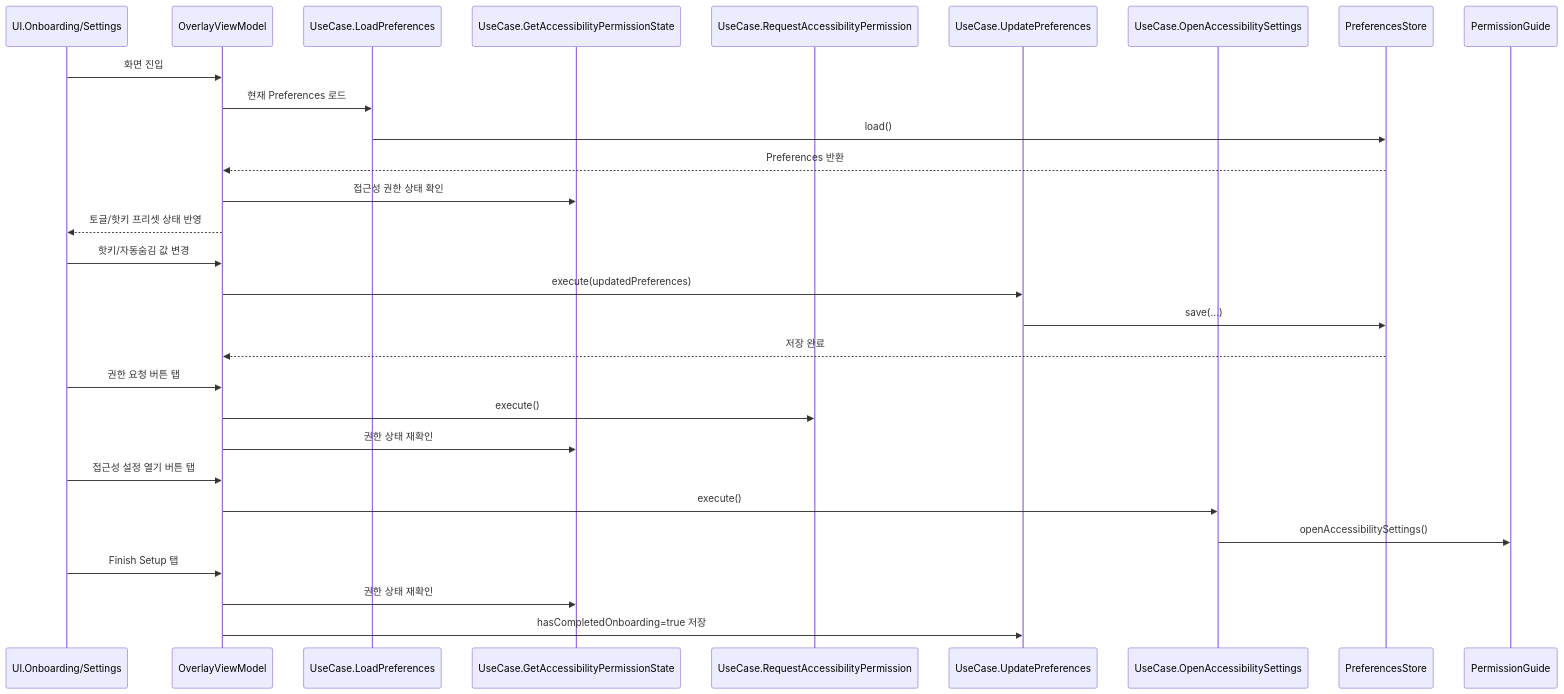
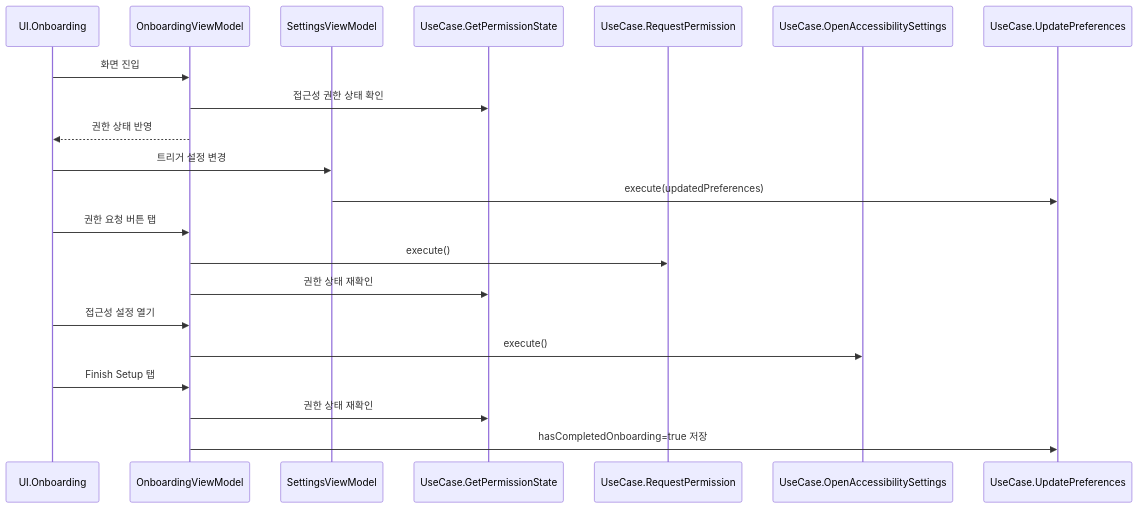
One commit to hahahoho-labs/KeydeukKeydeuk changed the fourth of 5 diagrams in AGENTS.md. Above: the diagram before and after it, drawn with Mermaid. The commit also changed other lines of this file, not shown here.

First line of the commit message:
docs: update AGENTS.md to reflect current architecture after refactoring

````diff
--- a/AGENTS.md
+++ b/AGENTS.md
@@ -130,36 +199,28 @@
 ```mermaid
 sequenceDiagram
-  participant UI as UI.Onboarding/Settings
-  participant VM as OverlayViewModel
-  participant LP as UseCase.LoadPreferences
-  participant GP as UseCase.GetAccessibilityPermissionState
-  participant RP as UseCase.RequestAccessibilityPermission
+  participant UI as UI.Onboarding
+  participant OVM as OnboardingViewModel
+  participant SVM as SettingsViewModel
+  participant GP as UseCase.GetPermissionState
+  participant RP as UseCase.RequestPermission
+  participant OA as UseCase.OpenAccessibilitySettings
   participant UP as UseCase.UpdatePreferences
-  participant OA as UseCase.OpenAccessibilitySettings
-  participant PS as PreferencesStore
-  participant PG as PermissionGuide
 
-  UI->>VM: 화면 진입
-  VM->>LP: 현재 Preferences 로드
-  LP->>PS: load()
-  PS-->>VM: Preferences 반환
-  VM->>GP: 접근성 권한 상태 확인
-  VM-->>UI: 토글/핫키 프리셋 상태 반영
+  UI->>OVM: 화면 진입
+  OVM->>GP: 접근성 권한 상태 확인
+  OVM-->>UI: 권한 상태 반영
 
-  UI->>VM: 핫키/자동숨김 값 변경
-  VM->>UP: execute(updatedPreferences)
-  UP->>PS: save(...)
-  PS-->>VM: 저장 완료
+  UI->>SVM: 트리거 설정 변경
+  SVM->>UP: execute(updatedPreferences)
 
-  UI->>VM: 권한 요청 버튼 탭
-  VM->>RP: execute()
-  VM->>GP: 권한 상태 재확인
+  UI->>OVM: 권한 요청 버튼 탭
+  OVM->>RP: execute()
+  OVM->>GP: 권한 상태 재확인
 
-  UI->>VM: 접근성 설정 열기 버튼 탭
-  VM->>OA: execute()
-  OA->>PG: openAccessibilitySettings()
+  UI->>OVM: 접근성 설정 열기
+  OVM->>OA: execute()
 
-  UI->>VM: Finish Setup 탭
-  VM->>GP: 권한 상태 재확인
-  VM->>UP: hasCompletedOnboarding=true 저장
+  UI->>OVM: Finish Setup 탭
+  OVM->>GP: 권한 상태 재확인
+  OVM->>UP: hasCompletedOnboarding=true 저장
 ```
````
